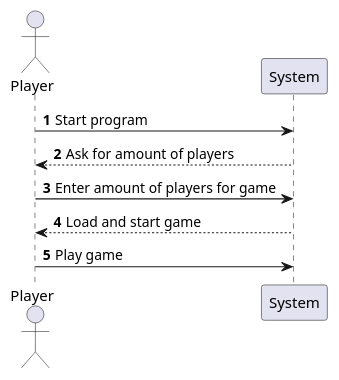
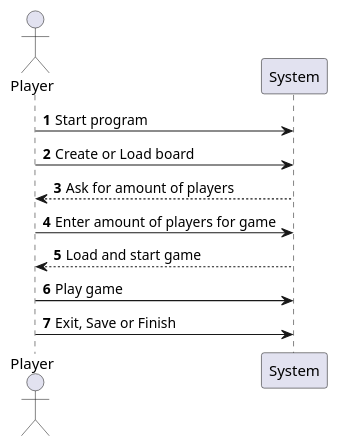
Before and after one commit to SiGoldbach/roborally: the diagram in 02324-f22-master-e1f89f504da192119e73ae0ea99f3085281965a4/RoboRally/roborally-1.1.0-java17/roborally/Models/systemsequencediagram.puml, drawn with PlantUML. The commit also changed 1 other file, not shown here.

```diff
--- a/02324-f22-master-e1f89f504da192119e73ae0ea99f3085281965a4/RoboRally/roborally-1.1.0-java17/roborally/Models/systemsequencediagram.puml
+++ b/02324-f22-master-e1f89f504da192119e73ae0ea99f3085281965a4/RoboRally/roborally-1.1.0-java17/roborally/Models/systemsequencediagram.puml
@@ -1,16 +1,20 @@
 @startuml
 'https://plantuml.com/sequence-diagram
 
 autonumber
 
 Actor Player
 Participant System
 
 Player -> System: Start program
+
+Player -> System: Create or Load board
 System --> Player: Ask for amount of players
 Player -> System: Enter amount of players for game
 System --> Player: Load and start game
 Player -> System: Play game
 
+Player -> System: Exit, Save or Finish
+
 
 @enduml
```
